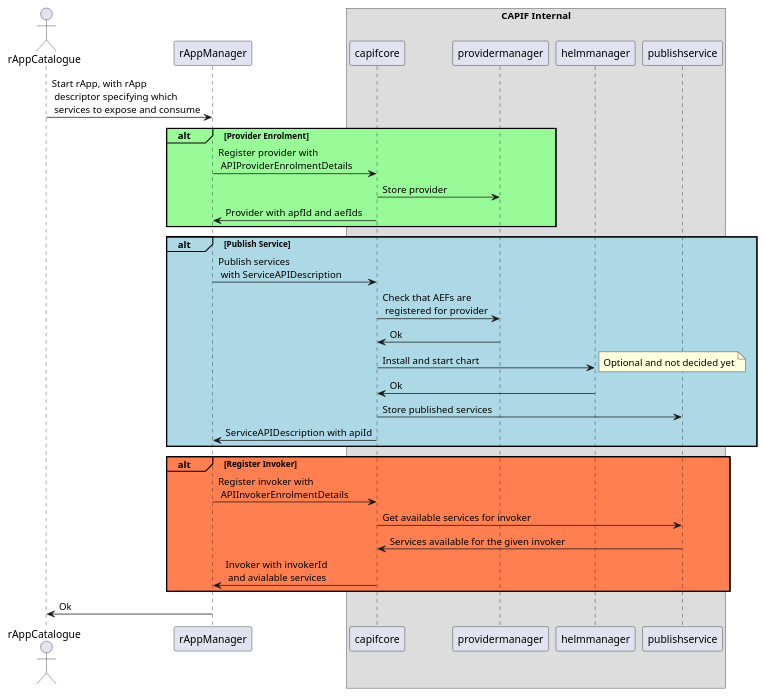
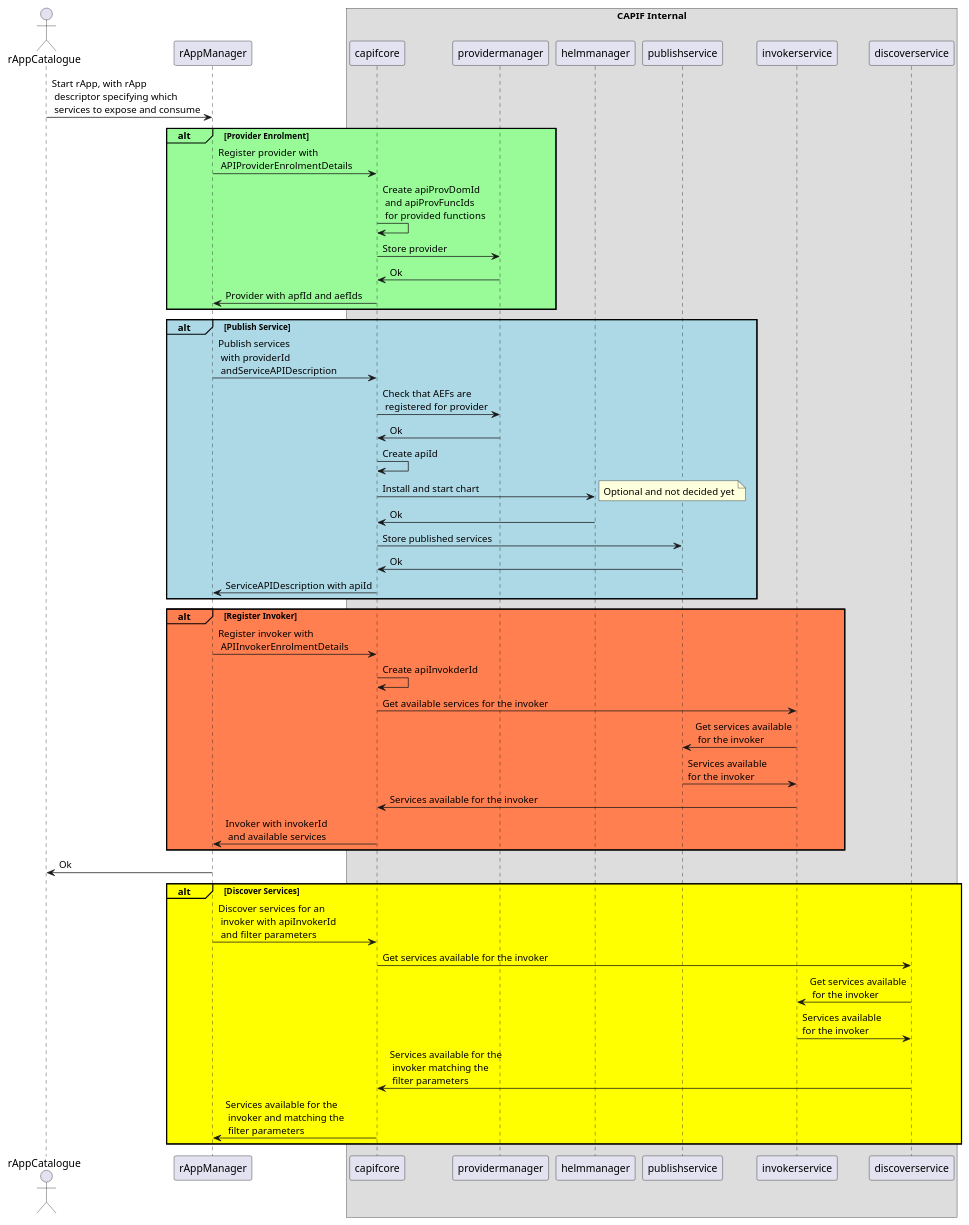
Before and after one commit to o-ran-sc/nonrtric-plt-sme: the diagram in capifcore/docs/diagrams/registerpoviderandpublishservice.plantuml, drawn with PlantUML. The commit also changed 3 other files, not shown here.

```diff
--- a/capifcore/docs/diagrams/registerpoviderandpublishservice.plantuml
+++ b/capifcore/docs/diagrams/registerpoviderandpublishservice.plantuml
@@ -1,35 +1,52 @@
 @startuml Register Provider
 actor rAppCatalogue
 participant rAppManager
 box "CAPIF Internal"
 participant capifcore
 participant providermanager
 participant helmmanager
 participant publishservice
+participant invokerservice
+participant discoverservice
 end box
 
 rAppCatalogue->rAppManager: Start rApp, with rApp\n descriptor specifying which\n services to expose and consume
 alt#paleGreen #paleGreen Provider Enrolment
     rAppManager->capifcore: Register provider with\n APIProviderEnrolmentDetails
+    capifcore->capifcore: Create apiProvDomId\n and apiProvFuncIds\n for provided functions
     capifcore->providermanager:Store provider
+    providermanager->capifcore: Ok
     capifcore->rAppManager: Provider with apfId and aefIds
 end
 alt#LightBlue #LightBlue Publish Service
-    rAppManager->capifcore: Publish services\n with ServiceAPIDescription
+    rAppManager->capifcore: Publish services\n with providerId\n andServiceAPIDescription
     capifcore->providermanager: Check that AEFs are\n registered for provider
     providermanager->capifcore: Ok
+    capifcore->capifcore: Create apiId
     capifcore->helmmanager: Install and start chart
     note right: Optional and not decided yet
     helmmanager->capifcore: Ok
     capifcore->publishservice: Store published services
+    publishservice->capifcore: Ok
     capifcore->rAppManager: ServiceAPIDescription with apiId
 end
 alt#coral #coral Register Invoker
     rAppManager->capifcore: Register invoker with\n APIInvokerEnrolmentDetails
-    capifcore->publishservice:Get available services for invoker
-    publishservice->capifcore: Services available for the given invoker
-    capifcore->rAppManager: Invoker with invokerId\n and avialable services
+    capifcore->capifcore: Create apiInvokderId
+    capifcore->invokerservice:Get available services for the invoker
+    invokerservice->publishservice: Get services available\n for the invoker
+    publishservice->invokerservice: Services available \nfor the invoker
+    invokerservice->capifcore: Services available for the invoker
+    capifcore->rAppManager: Invoker with invokerId\n and available services
 end
 rAppManager->rAppCatalogue: Ok
 
+alt#Yellow #Yellow Discover Services
+    rAppManager->capifcore: Discover services for an\n invoker with apiInvokerId\n and filter parameters
+    capifcore->discoverservice: Get services available for the invoker
+    discoverservice->invokerservice: Get services available\n for the invoker
+    invokerservice->discoverservice: Services available \nfor the invoker
+    discoverservice->capifcore: Services available for the\n invoker matching the\n filter parameters
+    capifcore->rAppManager: Services available for the\n invoker and matching the\n filter parameters
+end
 @enduml
```
